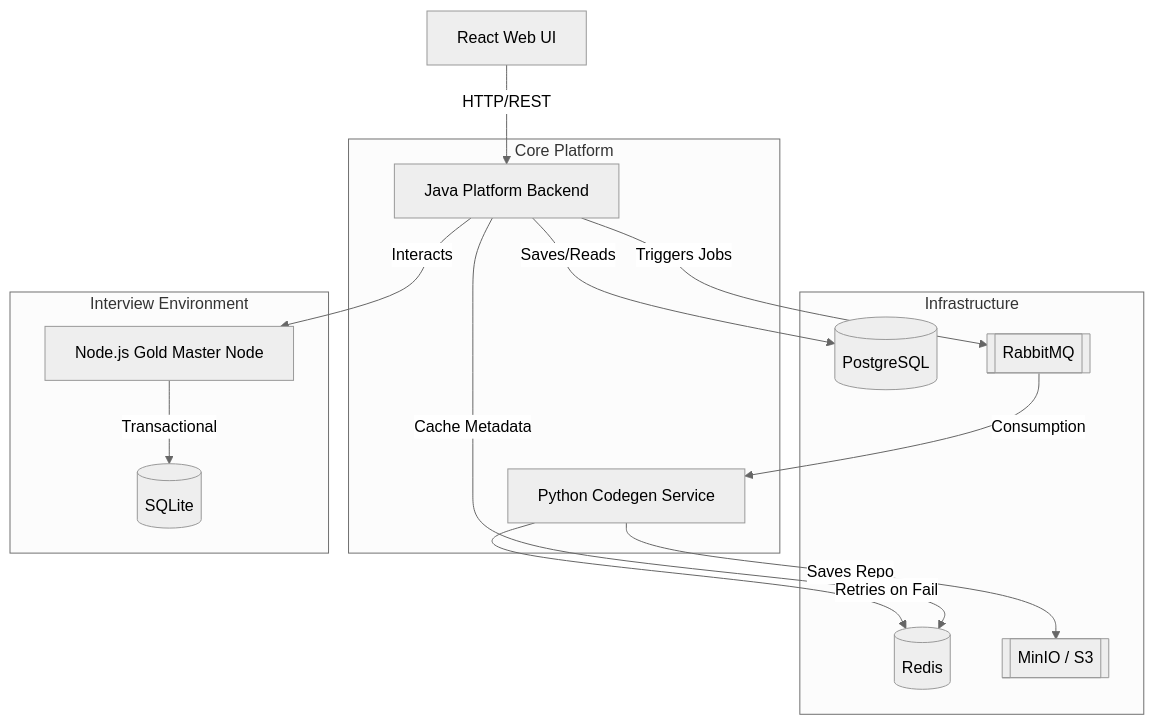
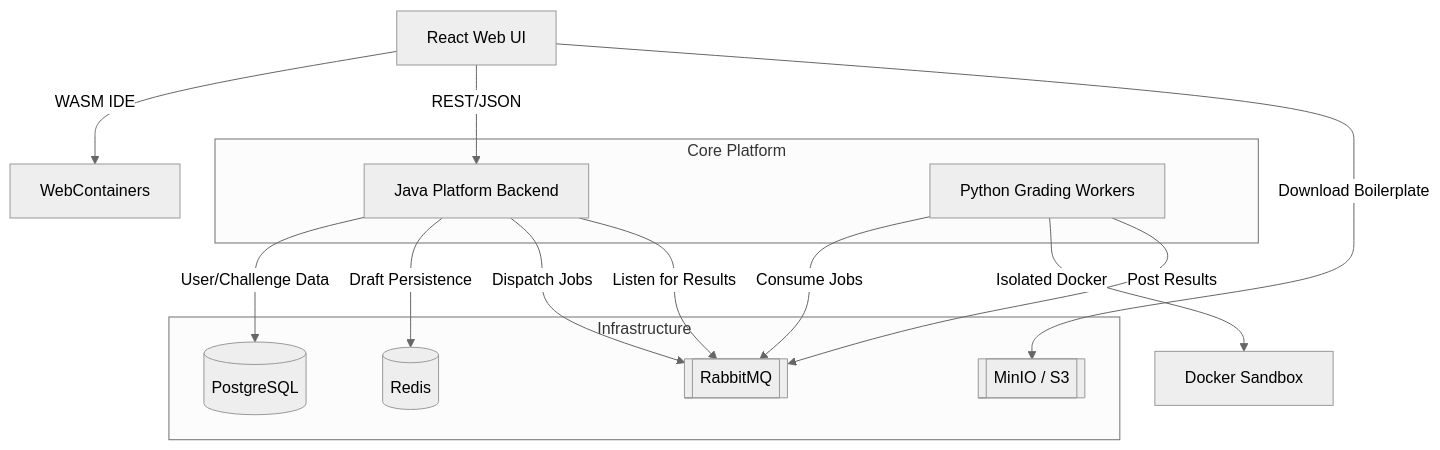
Before and after one commit to NaveenMN23/codevalidator: the diagram in ARCHITECTURE.md, drawn with Mermaid (neutral theme). The commit also changed other lines of this file and 62 other files, not shown here.

````diff
--- a/ARCHITECTURE.md
+++ b/ARCHITECTURE.md
@@ -7,37 +7,32 @@
 ```mermaid
 graph TD
     %% Frontend
-    UI[React Web UI] -- "HTTP/REST" --> Backend
+    UI[React Web UI] -- "WASM IDE" --> WC[WebContainers]
+    UI -- "REST/JSON" --> Backend
 
     %% Core Services
     subgraph "Core Platform"
         Backend[Java Platform Backend]
-        Codegen[Python Codegen Service]
+        Workers[Python Grading Workers]
     end
 
     %% Infrastructure
     subgraph "Infrastructure"
         DB[(PostgreSQL)]
         Cache[(Redis)]
         Queue[[RabbitMQ]]
         Storage[[MinIO / S3]]
     end
 
-    %% Challenge Apps
-    subgraph "Interview Environment"
-        GMN[Node.js Gold Master Node]
-        SQLite[(SQLite)]
-    end
-
     %% Interactions
-    Backend -- "Saves/Reads" --> DB
-    Backend -- "Triggers Jobs" --> Queue
-    Backend -- "Cache Metadata" --> Cache
+    Backend -- "User/Challenge Data" --> DB
+    Backend -- "Draft Persistence" --> Cache
+    Backend -- "Dispatch Jobs" --> Queue
     
-    Queue -- "Consumption" --> Codegen
-    Codegen -- "Saves Repo" --> Storage
-    Codegen -- "Retries on Fail" --> Cache
+    Workers -- "Consume Jobs" --> Queue
+    Workers -- "Isolated Docker" --> Sandbox[Docker Sandbox]
+    Workers -- "Post Results" --> Queue
     
-    Backend -- "Interacts" --> GMN
-    GMN -- "Transactional" --> SQLite
+    Backend -- "Listen for Results" --> Queue
+    UI -- "Download Boilerplate" --> Storage
 ```
````
